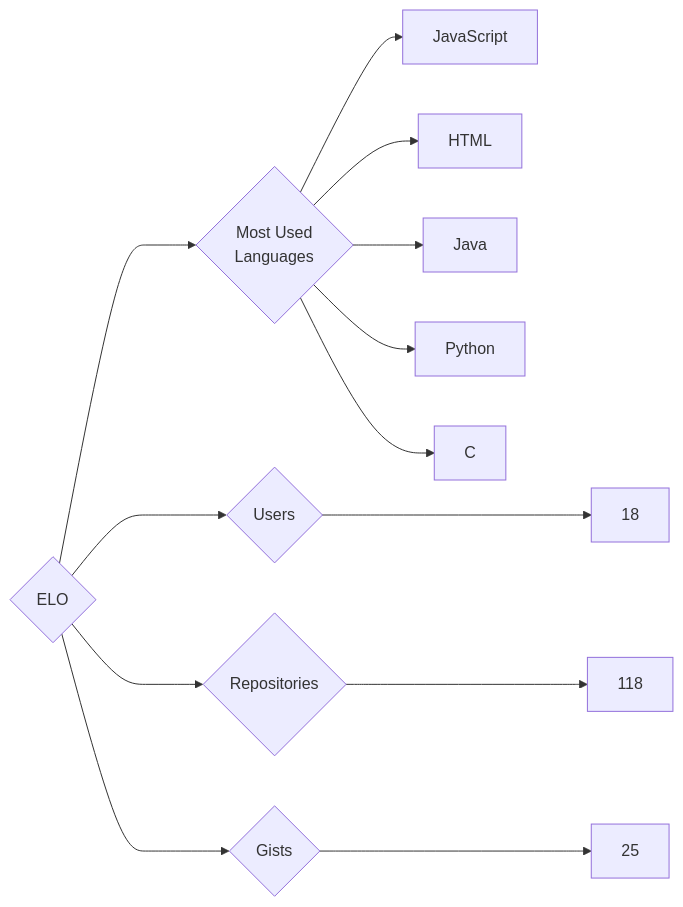
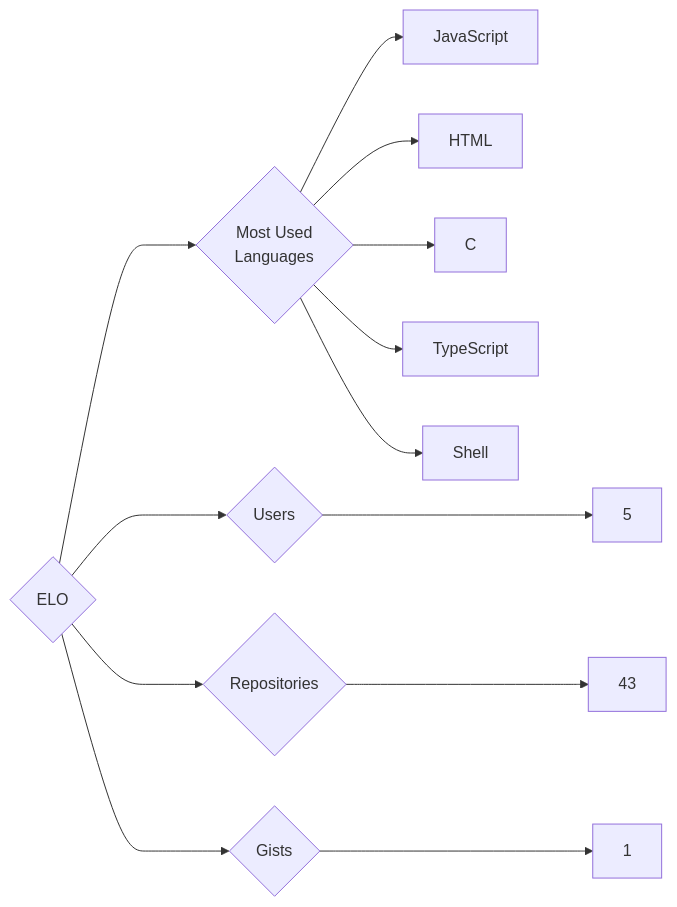
One commit to trickest/insiders changed the diagram in targets/ELO/README.md. Above: the diagram before and after it, drawn with Mermaid. The commit also changed 745 other files, not shown here.

````diff
--- a/targets/ELO/README.md
+++ b/targets/ELO/README.md
@@ -3,13 +3,13 @@
 ```mermaid
 graph LR
 COMPANY_NAME{ELO}
-COMPANY_NAME ---> U{Users} ---> UN[18]
-COMPANY_NAME ---> R{Repositories} ---> RN[118]
-COMPANY_NAME ---> G{Gists} ---> GN[25]
+COMPANY_NAME ---> U{Users} ---> UN[5]
+COMPANY_NAME ---> R{Repositories} ---> RN[43]
+COMPANY_NAME ---> G{Gists} ---> GN[1]
 COMPANY_NAME ---> ML{Most Used<br>Languages}
 ML --> JavaScript[JavaScript]
 ML --> HTML[HTML]
-ML --> Java[Java]
-ML --> Python[Python]
 ML --> C[C]
+ML --> TypeScript[TypeScript]
+ML --> Shell[Shell]
 ```
````
